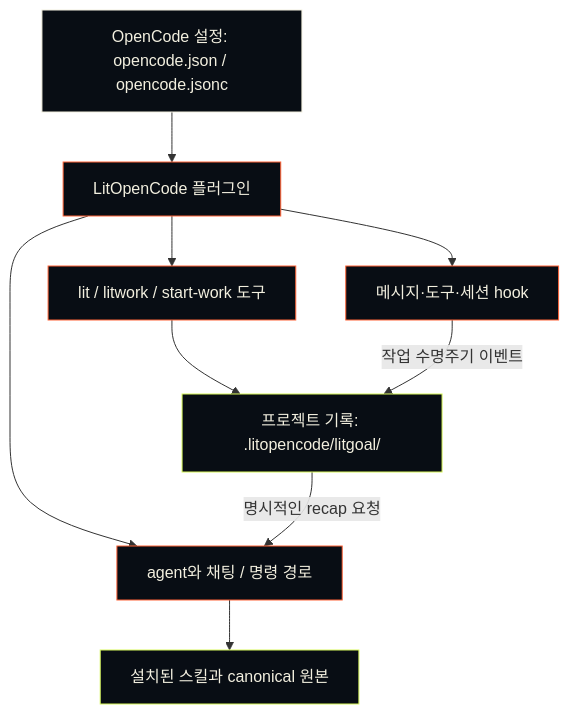
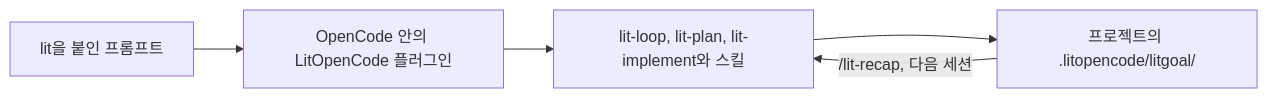
One commit to wjgoarxiv/litopencode changed the diagram in README-Ko-KR.md. Above: the diagram before and after it, drawn with Mermaid. The commit also changed other lines of this file and 74 other files, not shown here.

First line of the commit message:
feat(tui): show the lit mission in OpenCode's terminal UI

````diff
--- a/README-Ko-KR.md
+++ b/README-Ko-KR.md
@@ -375,17 +82,7 @@
 ```mermaid
-flowchart TD
-    Config["OpenCode 설정: opencode.json / opencode.jsonc"] --> Plugin["LitOpenCode 플러그인"]
-    Plugin --> Routes["agent와 채팅 / 명령 경로"]
-    Plugin --> Tools["lit / litwork / start-work 도구"]
-    Plugin --> Hooks["메시지·도구·세션 hook"]
-    Routes --> Skills["설치된 스킬과 canonical 원본"]
-    Tools --> Records["프로젝트 기록: .litopencode/litgoal/"]
-    Hooks -->|작업 수명주기 이벤트| Records
-    Records -->|명시적인 recap 요청| Routes
-    classDef host fill:#080D14,stroke:#F2EFDF,color:#F2EFDF
-    classDef lit fill:#080D14,stroke:#FF6337,color:#F2EFDF
-    classDef local fill:#080D14,stroke:#D7F75B,color:#F2EFDF
-    class Config host
-    class Plugin,Routes,Tools,Hooks lit
-    class Skills,Records local
+flowchart LR
+    Prompt["lit을 붙인 프롬프트"] --> Plugin["OpenCode 안의 LitOpenCode 플러그인"]
+    Plugin --> Agents["lit-loop, lit-plan, lit-implement와 스킬"]
+    Agents --> Record["프로젝트의 .litopencode/litgoal/"]
+    Record -->|"/lit-recap, 다음 세션"| Agents
 ```
````
